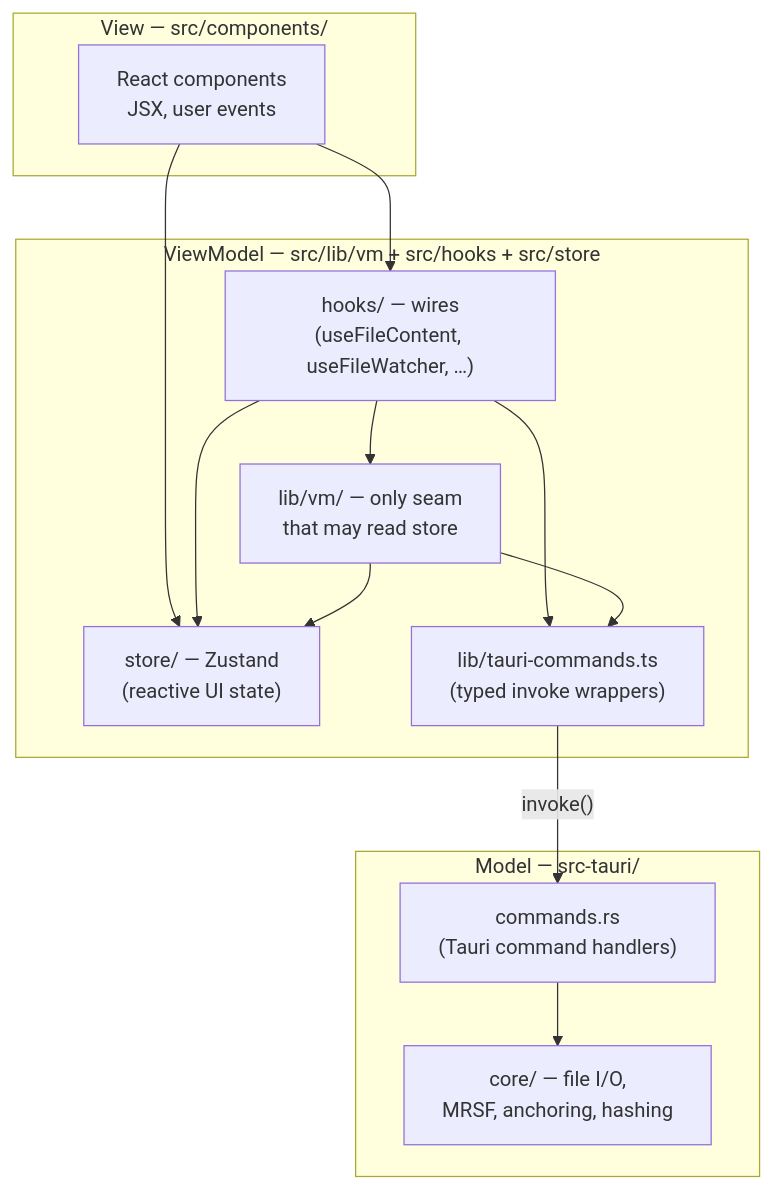
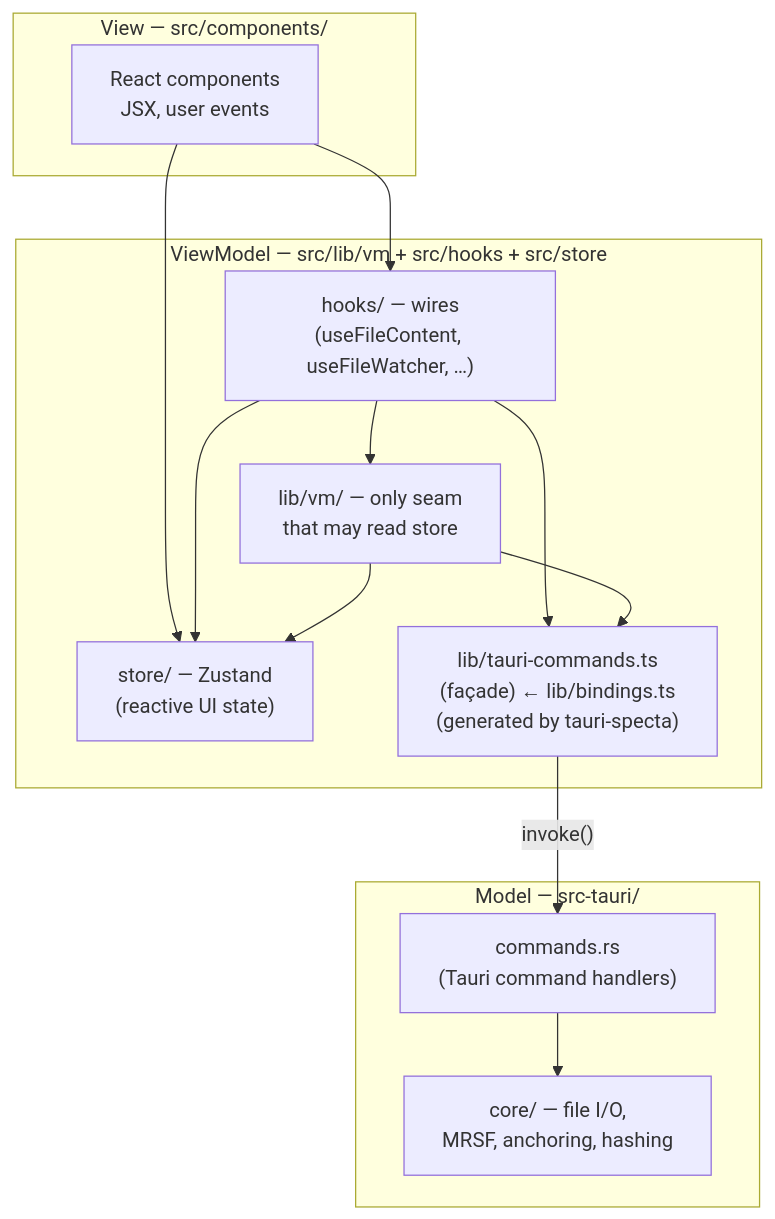
One commit to dryotta/mDown-reView changed the diagram in docs/principles.md. Above: the diagram before and after it, drawn with Mermaid. The commit also changed 8 other files, not shown here.

````diff
--- a/docs/principles.md
+++ b/docs/principles.md
@@ -40,25 +40,25 @@
 ```mermaid
 flowchart TB
     subgraph View["View — src/components/"]
       Comp["React components<br/>JSX, user events"]
     end
     subgraph VM["ViewModel — src/lib/vm + src/hooks + src/store"]
       Hooks["hooks/ — wires<br/>(useFileContent, useFileWatcher, …)"]
       Store["store/ — Zustand<br/>(reactive UI state)"]
       LibVM["lib/vm/ — only seam<br/>that may read store"]
-      TC["lib/tauri-commands.ts<br/>(typed invoke wrappers)"]
+      TC["lib/tauri-commands.ts<br/>(façade) ← lib/bindings.ts<br/>(generated by tauri-specta)"]
     end
     subgraph Model["Model — src-tauri/"]
       Cmd["commands.rs<br/>(Tauri command handlers)"]
       Core["core/ — file I/O,<br/>MRSF, anchoring, hashing"]
     end
     Comp --> Hooks
     Comp --> Store
     Hooks --> Store
     Hooks --> LibVM
     Hooks --> TC
     LibVM --> TC
     LibVM --> Store
     TC -- "invoke()" --> Cmd
     Cmd --> Core
 ```
````
